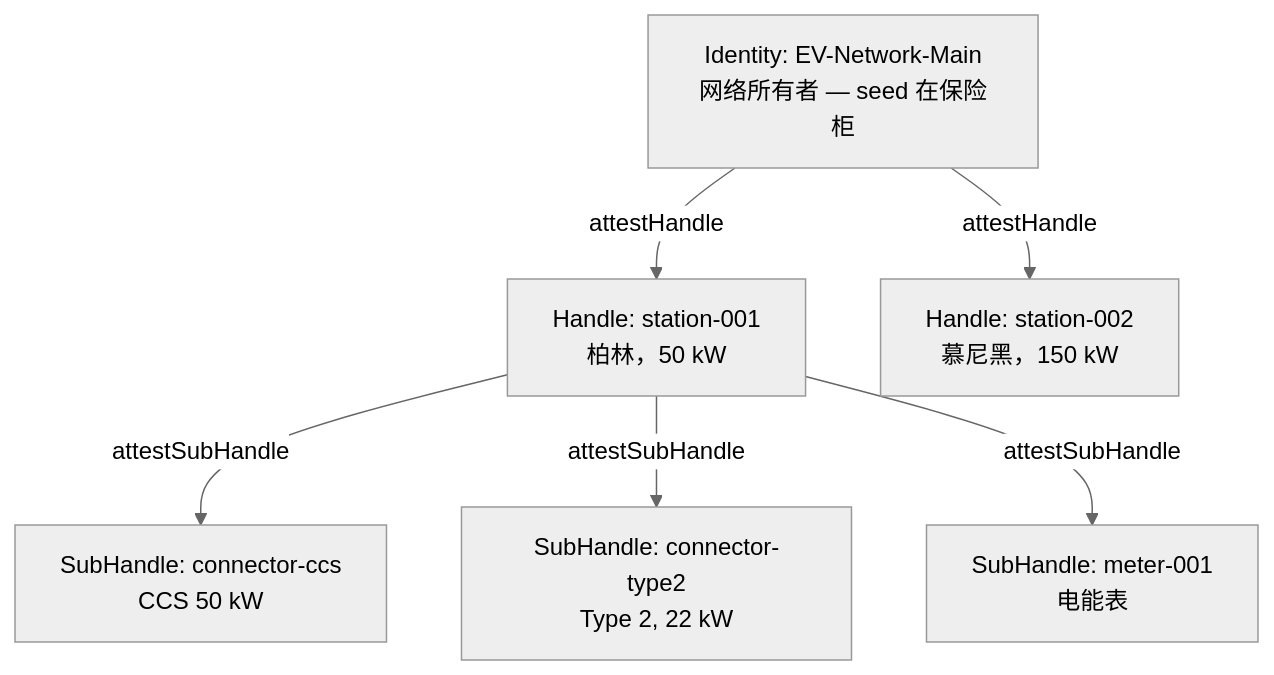
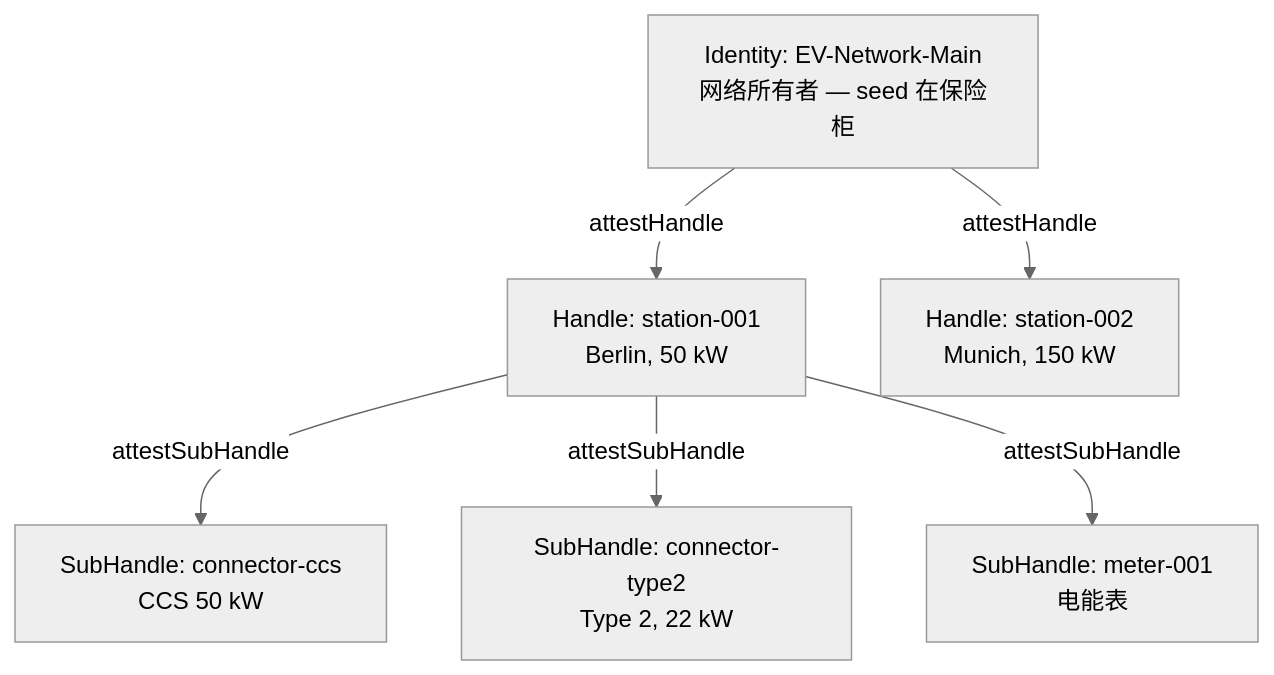
The diagram in src/content/blog/zh/ev-charging-network-tutorial.md (me2em-org/me2em-website), drawn with Mermaid (neutral theme) before and after one commit. The commit also changed 2 other files, not shown here.

Commit message:
docs(blog): П-8 fixup — devsecops (RU) markers, zh mermaid node names

````diff
--- a/src/content/blog/zh/ev-charging-network-tutorial.md
+++ b/src/content/blog/zh/ev-charging-network-tutorial.md
@@ -25,8 +25,8 @@
 ```mermaid
 flowchart TD
-    ROOT["Identity: EV-Network-Main<br/>网络所有者 — seed 在保险柜"] -->|"attestHandle"| ST1["Handle: station-001<br/>柏林，50 kW"]
-    ROOT -->|"attestHandle"| ST2["Handle: station-002<br/>慕尼黑，150 kW"]
+    ROOT["Identity: EV-Network-Main<br/>网络所有者 — seed 在保险柜"] -->|"attestHandle"| ST1["Handle: station-001<br/>Berlin, 50 kW"]
+    ROOT -->|"attestHandle"| ST2["Handle: station-002<br/>Munich, 150 kW"]
     ST1 -->|"attestSubHandle"| C1["SubHandle: connector-ccs<br/>CCS 50 kW"]
     ST1 -->|"attestSubHandle"| C2["SubHandle: connector-type2<br/>Type 2, 22 kW"]
     ST1 -->|"attestSubHandle"| M1["SubHandle: meter-001<br/>电能表"]
 ```
````
